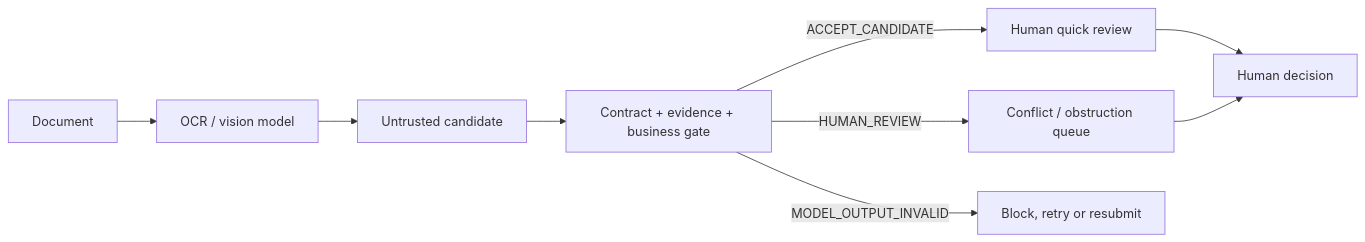
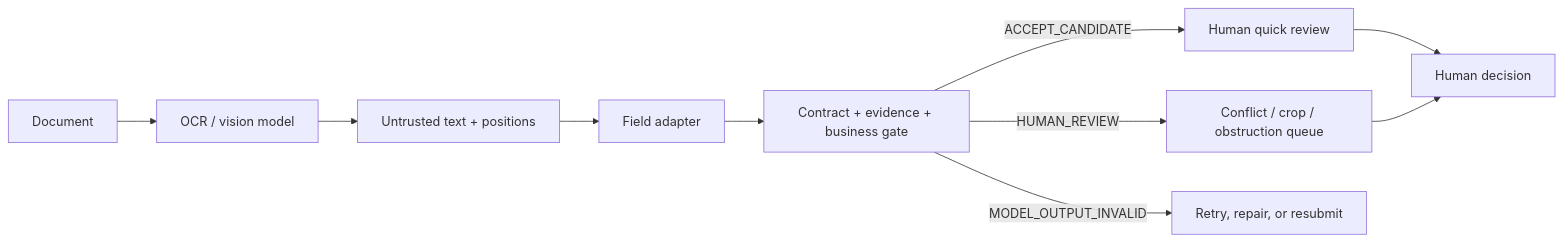
The diagram in README.md (2487238628/evidencegate-ocr), drawn with Mermaid before and after one commit. The commit also changed other lines of this file and 41 other files, not shown here.

First line of the commit message:
release EvidenceGate OCR v0.4.0

````diff
--- a/README.md
+++ b/README.md
@@ -13,11 +13,12 @@
 ```mermaid
 flowchart LR
   A["Document"] --> B["OCR / vision model"]
-  B --> C["Untrusted candidate"]
-  C --> D["Contract + evidence + business gate"]
-  D -->|ACCEPT_CANDIDATE| E["Human quick review"]
-  D -->|HUMAN_REVIEW| F["Conflict / obstruction queue"]
-  D -->|MODEL_OUTPUT_INVALID| G["Block, retry or resubmit"]
-  E --> H["Human decision"]
-  F --> H
+  B --> C["Untrusted text + positions"]
+  C --> D["Field adapter"]
+  D --> E["Contract + evidence + business gate"]
+  E -->|ACCEPT_CANDIDATE| F["Human quick review"]
+  E -->|HUMAN_REVIEW| G["Conflict / crop / obstruction queue"]
+  E -->|MODEL_OUTPUT_INVALID| H["Retry, repair, or resubmit"]
+  F --> I["Human decision"]
+  G --> I
 ```
````
